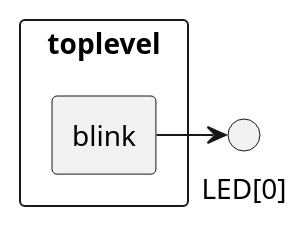
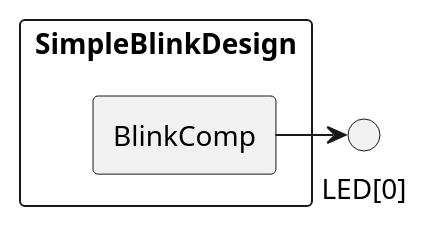
One commit to tuppi-ovh/example-sparkfun-alchitry-cu changed the first of 2 diagrams in README.md. Above: the diagram before and after it, drawn with PlantUML. The commit also changed other lines of this file and 7 other files, not shown here.

Commit message:
debug ApbBlinkDesign up to simulation wave

````diff
--- a/README.md
+++ b/README.md
@@ -19,10 +19,10 @@
 ```plantuml
 @startuml
-rectangle toplevel {
-  rectangle blink
+rectangle SimpleBlinkDesign  {
+  rectangle BlinkComp
 }
 circle "LED[0]" as led
-blink -> led
+BlinkComp -> led
 
 @enduml
 ```
````
